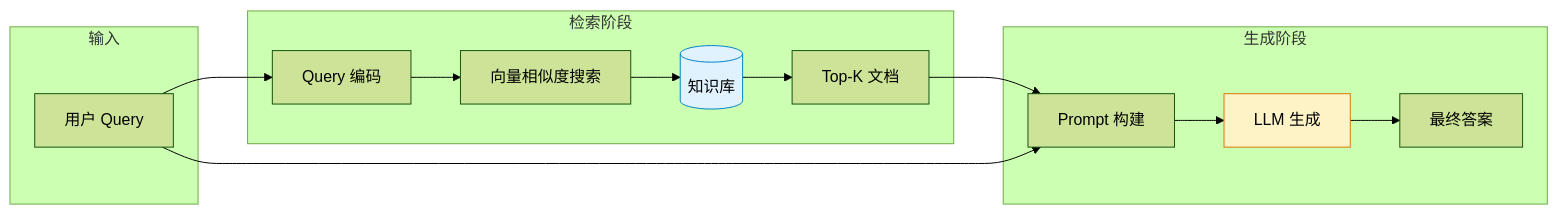
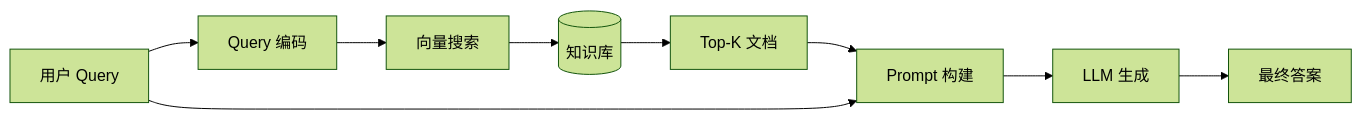
Before and after one commit to likebeans/notes-on-llms: the first of 9 diagrams in docs/llms/rag/index.md, drawn with Mermaid (forest theme). The commit also changed other lines of this file and 2 other files, not shown here.

Commit message:
feat: 添加 Mermaid 流程图支持并优化样式

````diff
--- a/docs/llms/rag/index.md
+++ b/docs/llms/rag/index.md
@@ -29,23 +29,11 @@
 ```mermaid
 flowchart LR
-    subgraph 输入
-        Q[用户 Query]
-    end
-    
-    subgraph 检索阶段
-        Q --> E1[Query 编码]
-        E1 --> S[向量相似度搜索]
-        S --> D[(知识库)]
-        D --> R[Top-K 文档]
-    end
-    
-    subgraph 生成阶段
-        R --> P[Prompt 构建]
-        Q --> P
-        P --> L[LLM 生成]
-        L --> A[最终答案]
-    end
-    
-    style D fill:#e0f2fe,stroke:#0284c7
-    style L fill:#fef3c7,stroke:#d97706
+    Q[用户 Query] --> E[Query 编码]
+    E --> S[向量搜索]
+    S --> D[(知识库)]
+    D --> R[Top-K 文档]
+    R --> P[Prompt 构建]
+    Q --> P
+    P --> L[LLM 生成]
+    L --> A[最终答案]
 ```
````
